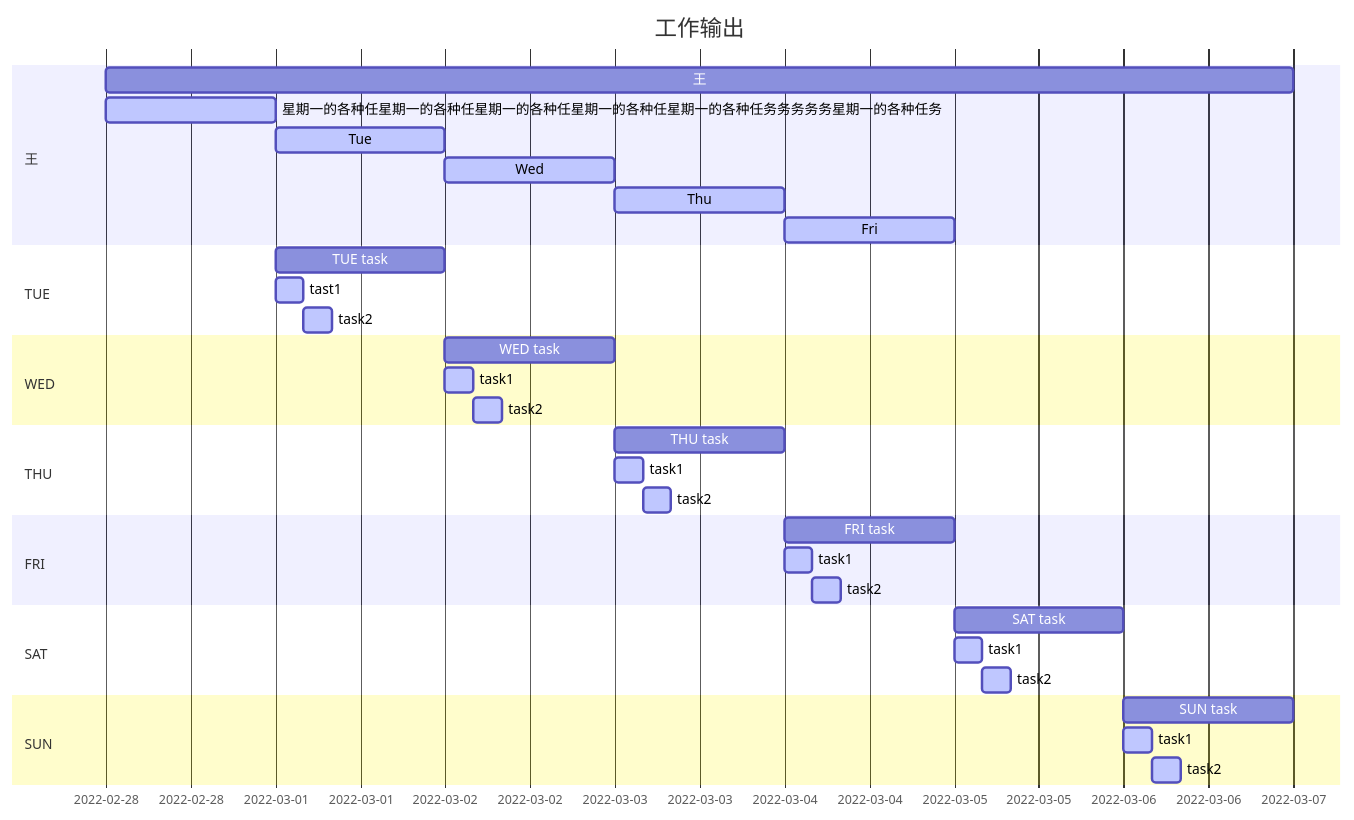
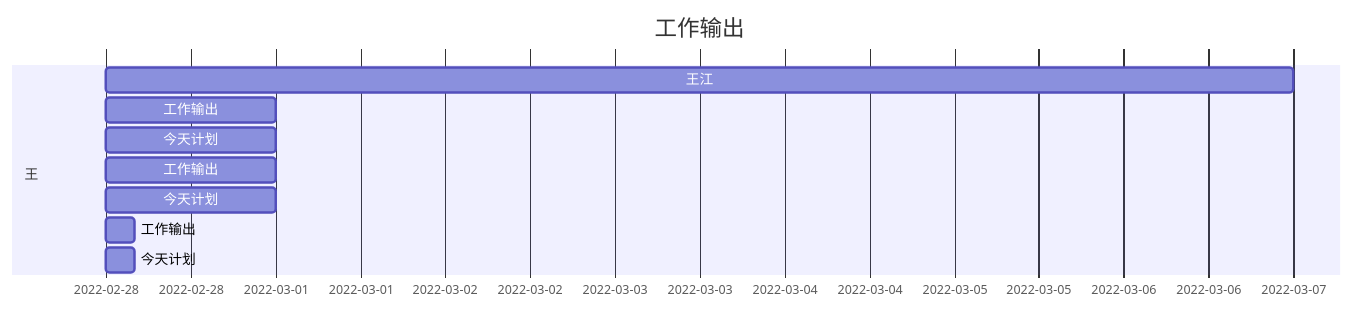
One commit to DC-Melo/README changed the diagram in README.md. Above: the diagram before and after it, drawn with Mermaid. The commit also changed other lines of this file, not shown here.

````diff
--- a/README.md
+++ b/README.md
@@ -73,43 +73,15 @@
 ```mermaid
 gantt
     dateFormat  YYYY-MM-DD
     title 工作输出
 
     section 王
-    王    : mon0p  , 2022-02-28 , 1w
-    星期一的各种任星期一的各种任星期一的各种任星期一的各种任星期一的各种任务务务务务星期一的各种任务        : active , mon1f    , 2022-02-28    , 1d
-    Tue        : active , mon2f    , after mon1f , 1d
-    Wed        : active , mon3f    , after mon2f , 1d
-    Thu        : active , mon4f    , after mon3f , 1d
-    Fri        : active , mon5f    , after mon4f , 1d
+    王江           : weekplan  , 2022-02-28 , 1w
+    工作输出       : monp  , 2022-02-28 , 1d
+    今天计划       : monf  , 2022-02-28 , 1d
+    工作输出       : Tuep  , 2022-02-28 , 1d
+    今天计划       : Tuef  , 2022-02-28 , 1d
+    工作输出       : Wedp  , 2022-02-28 , 4h
+    今天计划       : Wedf  , 2022-02-28 , 4h
 
-    section TUE
-    TUE task    : tue0p  , 2022-03-01 , 1d
-    tast1       : active , tue1f    , 2022-03-01    , 4h
-    task2       : active , tue2f    , after tue1f , 4h
-
-    section WED
-    WED task    : wed0p  , 2022-03-02 , 1d
-    task1       : active , wed1f    , 2022-03-02    , 4h
-    task2       : active , wed2f    , after wed1f , 4h
-
-    section THU
-    THU task    : thu0p  , 2022-03-03 , 1d
-    task1       : active , thu1f    , 2022-03-03    , 4h
-    task2       : active , thu2f    , after thu1f , 4h
-
-    section FRI
-    FRI task    : fri0p  , 2022-03-04 , 1d
-    task1       : active , fri1f    , 2022-03-04    , 4h
-    task2       : active , fri2f    , after fri1f , 4h
-
-    section SAT
-    SAT task    : sat0p  , 2022-03-05 , 1d
-    task1       : active , sat1f    , 2022-03-05    , 4h
-    task2       : active , sat2f    , after sat1f , 4h
-
-    section SUN
-    SUN task    : sun0p  , 2022-03-06 , 1d
-    task1       : active , sun1f    , 2022-03-06    , 4h
-    task2       : active , sun2f    , after sun1f , 4h
 ```
````
